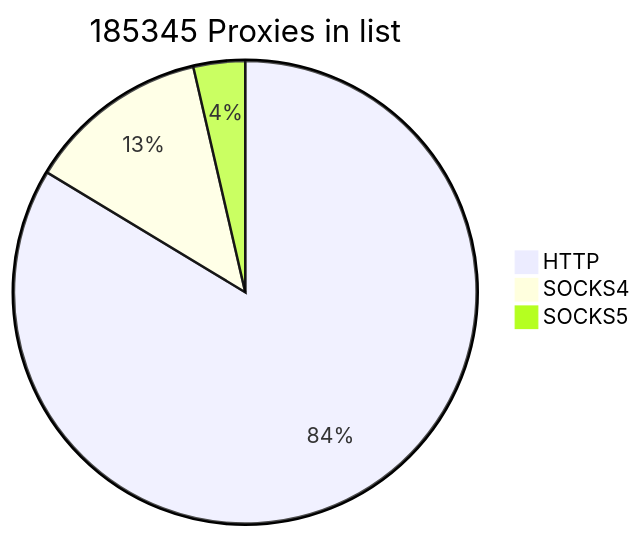
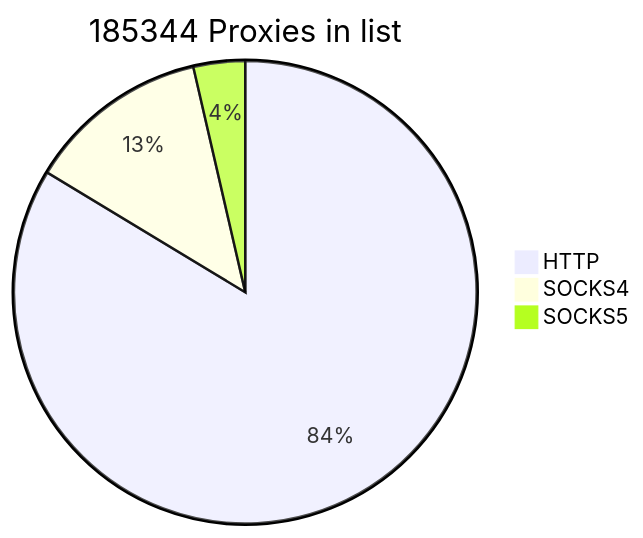
One commit to cutipu/proxylist changed the first of 2 diagrams in README.md. Above: the diagram before and after it, drawn with Mermaid. The commit also changed other lines of this file, not shown here.

````diff
--- a/README.md
+++ b/README.md
@@ -2,7 +2,7 @@
 ```mermaid
-pie title 185345 Proxies in list
-    "HTTP" : 155054
+pie title 185344 Proxies in list
+    "HTTP" : 155053
     "SOCKS4" : 23608
     "SOCKS5" : 6683
             
 ```
````
